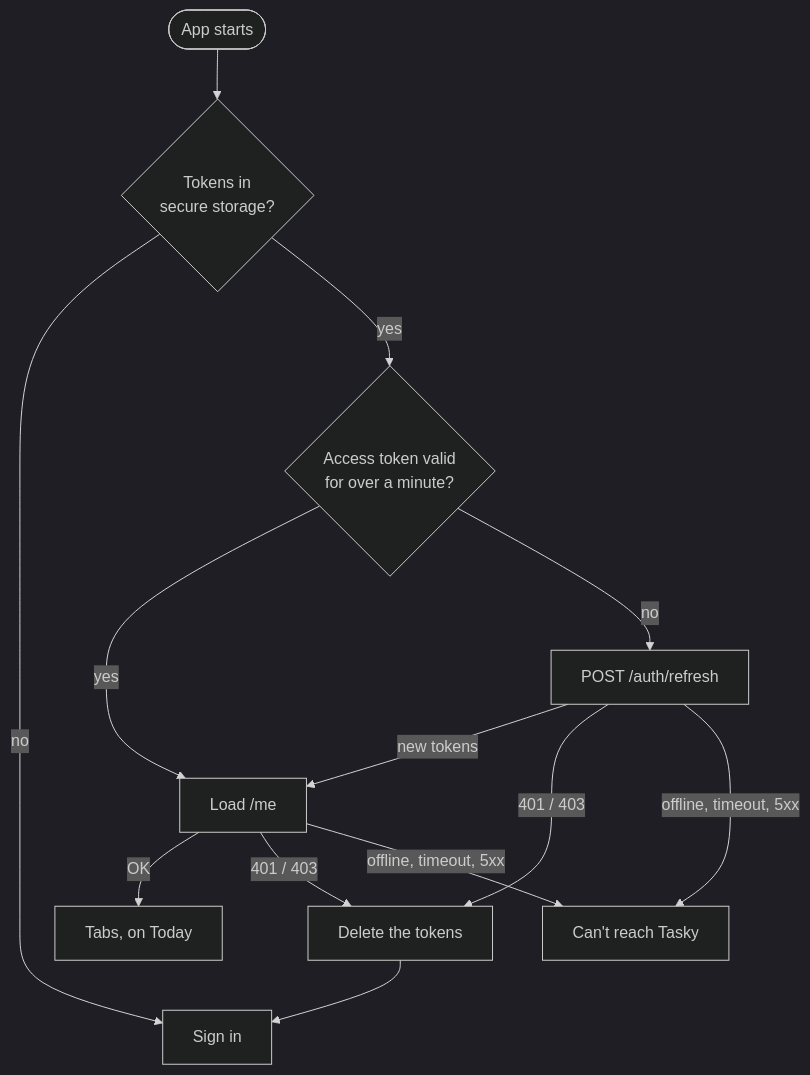
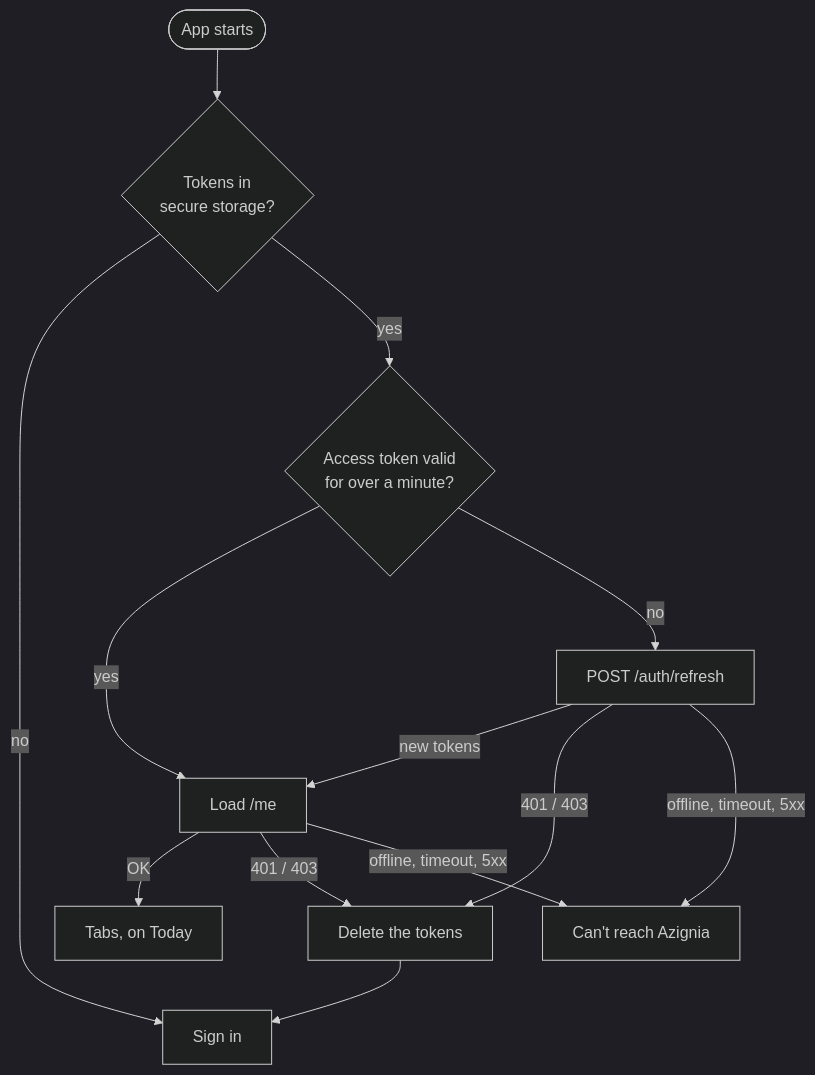
The diagram in docs/auth/launch.md (opolancoh/tasky-mobile), drawn with Mermaid (dark theme) before and after one commit. The commit also changed other lines of this file and 18 other files, not shown here.

````diff
--- a/docs/auth/launch.md
+++ b/docs/auth/launch.md
@@ -18,14 +18,14 @@
 ```mermaid
 flowchart TD
     A([App starts]) --> B{Tokens in<br/>secure storage?}
     B -- no --> SO[Sign in]
     B -- yes --> C{Access token valid<br/>for over a minute?}
     C -- yes --> D[Load /me]
     C -- no --> R[POST /auth/refresh]
     R -- new tokens --> D
     R -- 401 / 403 --> X[Delete the tokens] --> SO
-    R -- offline, timeout, 5xx --> U[Can't reach Tasky]
+    R -- offline, timeout, 5xx --> U[Can't reach Azignia]
     D -- OK --> T[Tabs, on Today]
     D -- 401 / 403 --> X
     D -- offline, timeout, 5xx --> U
 ```
````
